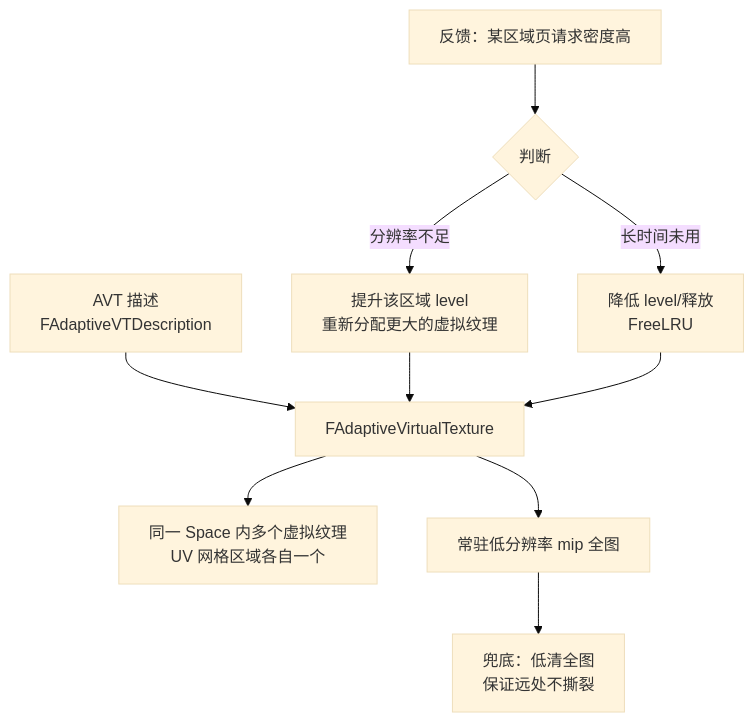
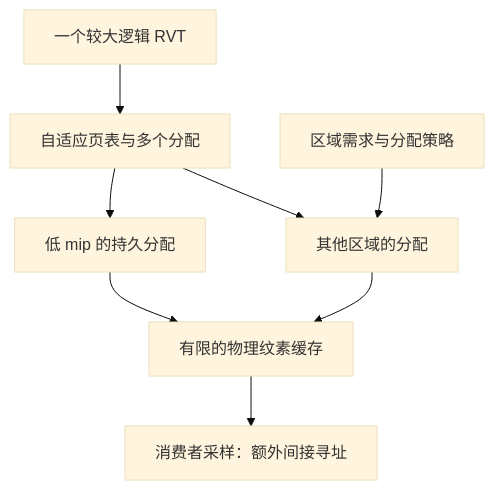
The fifth of 5 diagrams in 知识/04-图形动画与物理仿真/材质地形与世界表现/07-虚拟纹理与材质混合.md (fantuan812/learning), drawn with Mermaid (base theme) before and after one commit. The commit also changed other lines of this file and 2 other files, not shown here.

````diff
--- a/知识/04-图形动画与物理仿真/材质地形与世界表现/07-虚拟纹理与材质混合.md
+++ b/知识/04-图形动画与物理仿真/材质地形与世界表现/07-虚拟纹理与材质混合.md
@@ -148,12 +262,10 @@
 ```mermaid
 flowchart TB
-    A[AVT 描述<br/>FAdaptiveVTDescription] --> B[FAdaptiveVirtualTexture]
-    B --> C[同一 Space 内多个虚拟纹理<br/>UV 网格区域各自一个]
-    B --> D[常驻低分辨率 mip 全图]
-    E[反馈：某区域页请求密度高] --> F{判断}
-    F -->|分辨率不足| G[提升该区域 level<br/>重新分配更大的虚拟纹理]
-    F -->|长时间未用| H[降低 level/释放<br/>FreeLRU]
-    G --> B
-    H --> B
-    D --> I[兜底：低清全图<br/>保证远处不撕裂]
+    A[一个较大逻辑 RVT] --> B[自适应页表与多个分配]
+    B --> C[低 mip 的持久分配]
+    B --> D[其他区域的分配]
+    E[区域需求与分配策略] --> D
+    C --> F[有限的物理纹素缓存]
+    D --> F
+    F --> G[消费者采样：额外间接寻址]
 ```
````
